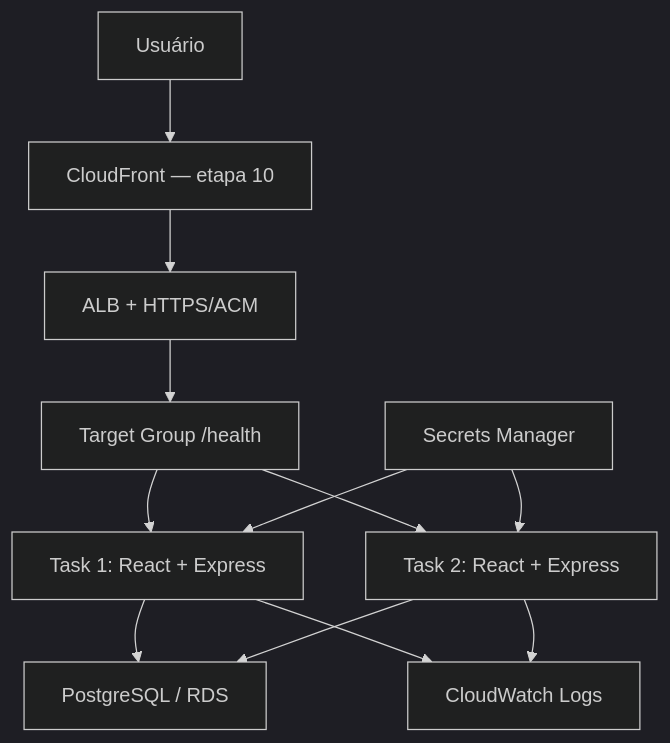
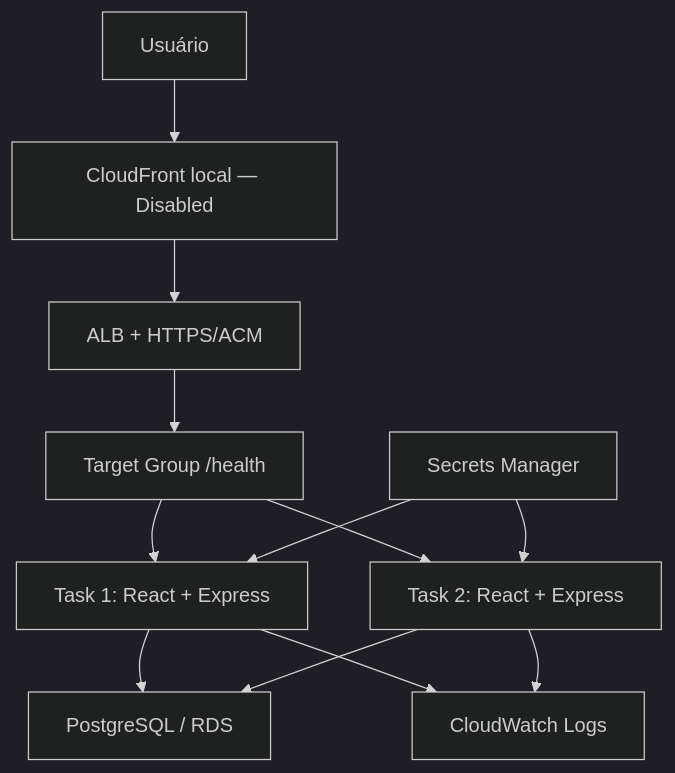
One commit to fernetone/cloudtasks-aws-portfolio changed the second of 2 diagrams in docs/ARCHITECTURE.md. Above: the diagram before and after it, drawn with Mermaid (dark theme). The commit also changed other lines of this file and 51 other files, not shown here.

Commit message:
feat: verify local CloudFront, CloudWatch and BIA ECS/PostgreSQL MCP

````diff
--- a/docs/ARCHITECTURE.md
+++ b/docs/ARCHITECTURE.md
@@ -28,14 +28,14 @@
 ```mermaid
 flowchart TD
-  user["Usuário"] --> cf["CloudFront — etapa 10"]
+  user["Usuário"] --> cf["CloudFront local — Disabled"]
   cf --> alb["ALB + HTTPS/ACM"]
   alb --> tg["Target Group /health"]
   tg --> t1["Task 1: React + Express"]
   tg --> t2["Task 2: React + Express"]
   t1 --> db["PostgreSQL / RDS"]
   t2 --> db
   sm["Secrets Manager"] --> t1
   sm --> t2
   t1 --> logs["CloudWatch Logs"]
   t2 --> logs
 ```
````
